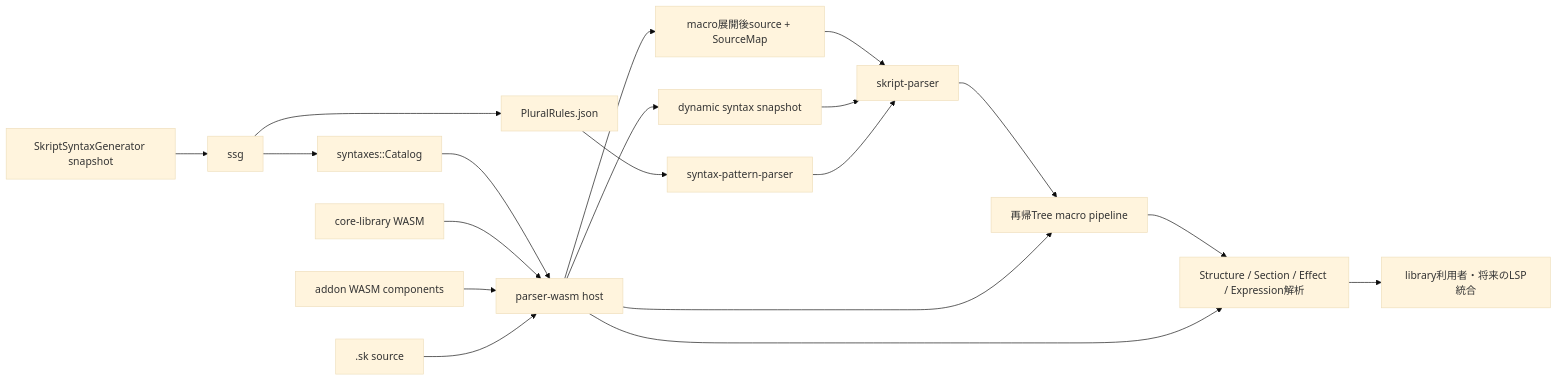
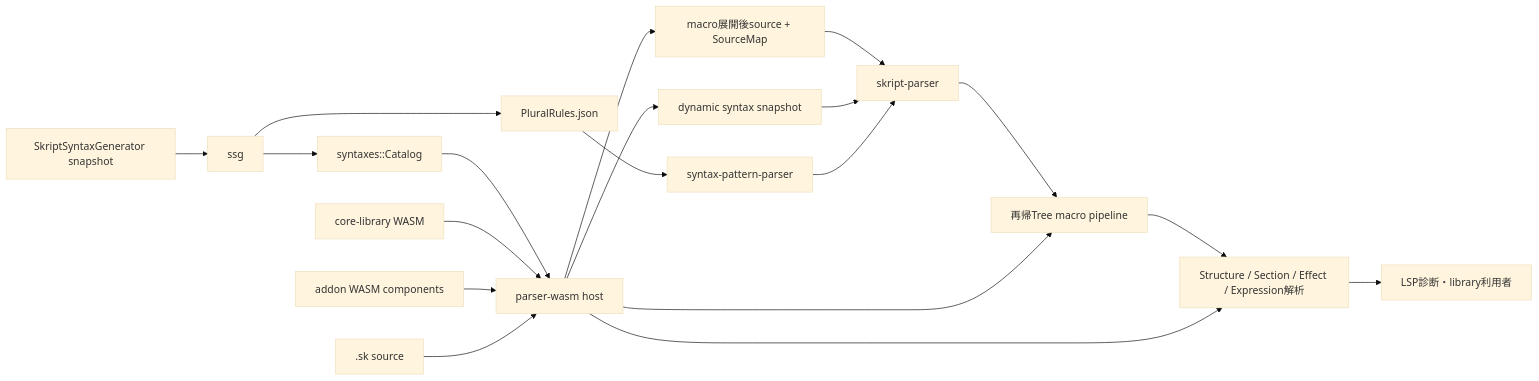
Before and after one commit to nlaocs/Skript-LSP: the diagram in README.ja.md, drawn with Mermaid (base theme). The commit also changed other lines of this file and 17 other files, not shown here.

````diff
--- a/README.ja.md
+++ b/README.ja.md
@@ -29,21 +29,21 @@
 ```mermaid
 flowchart LR
     SSG["SkriptSyntaxGenerator snapshot"] --> Loader["ssg"]
     Loader --> Catalog["syntaxes::Catalog"]
     Loader --> Rules["PluralRules.json"]
     Rules --> Patterns["syntax-pattern-parser"]
     Catalog --> Host["parser-wasm host"]
     Core["core-library WASM"] --> Host
     Addons["addon WASM components"] --> Host
     Host --> Dynamic["dynamic syntax snapshot"]
     Source[".sk source"] --> Host
     Host --> Expanded["macro展開後source + SourceMap"]
     Expanded --> Parser["skript-parser"]
     Parser --> Tree["再帰Tree macro pipeline"]
     Host --> Tree
     Tree --> Syntax["Structure / Section / Effect / Expression解析"]
     Host --> Syntax
-    Syntax --> Consumers["library利用者・将来のLSP統合"]
+    Syntax --> Consumers["LSP診断・library利用者"]
     Dynamic --> Parser
     Patterns --> Parser
 ```
````
